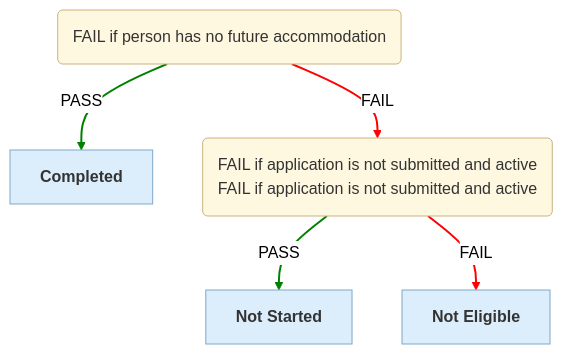
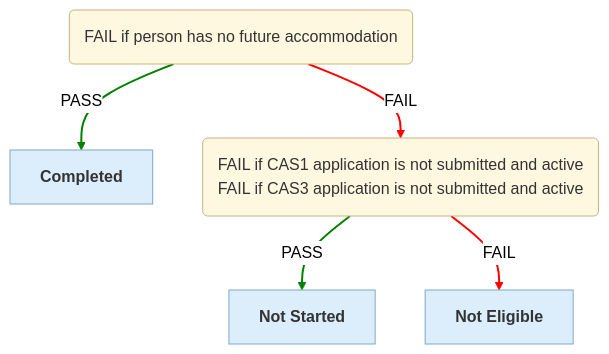
Before and after one commit to ministryofjustice/hmpps-single-accommodation-service-api: the sixth of 6 diagrams in docs/eligibility-rules-graph.md, drawn with Mermaid (neutral theme). The commit also changed other lines of this file and 7 other files, not shown here.

````diff
--- a/docs/eligibility-rules-graph.md
+++ b/docs/eligibility-rules-graph.md
@@ -564,21 +564,21 @@
 ```mermaid
 %%{init: {"flowchart": {"wrappingWidth": 800}}}%%
 flowchart TD
   Completion("<div style='text-align:left'>FAIL if person has no future accommodation</div>")
   PA_COMPLETED["<b>Completed</b>"]
-  Eligibility("<div style='text-align:left'>FAIL if application is not submitted and active
-FAIL if application is not submitted and active</div>")
+  Eligibility("<div style='text-align:left'>FAIL if CAS1 application is not submitted and active
+FAIL if CAS3 application is not submitted and active</div>")
   PA_NOT_STARTED["<b>Not Started</b>"]
   PA_NOT_ELIGIBLE["<b>Not Eligible</b>"]
   Completion -->|PASS| PA_COMPLETED
   Eligibility -->|PASS| PA_NOT_STARTED
   Eligibility -->|FAIL| PA_NOT_ELIGIBLE
   Completion -->|FAIL| Eligibility
   linkStyle 0,1 stroke:green,stroke-width:2px
   linkStyle 2,3 stroke:red,stroke-width:2px
   classDef ruleSetNode fill:#FFF8E1,stroke:#C9B37E,color:#333
   classDef outcomeNode fill:#DCEEFB,stroke:#7FA7C9,color:#333
   classDef updaterNode fill:#EDE7F6,stroke:#A99BC9,color:#333
   class Completion,Eligibility ruleSetNode
   class PA_COMPLETED,PA_NOT_STARTED,PA_NOT_ELIGIBLE outcomeNode
 ```
````
